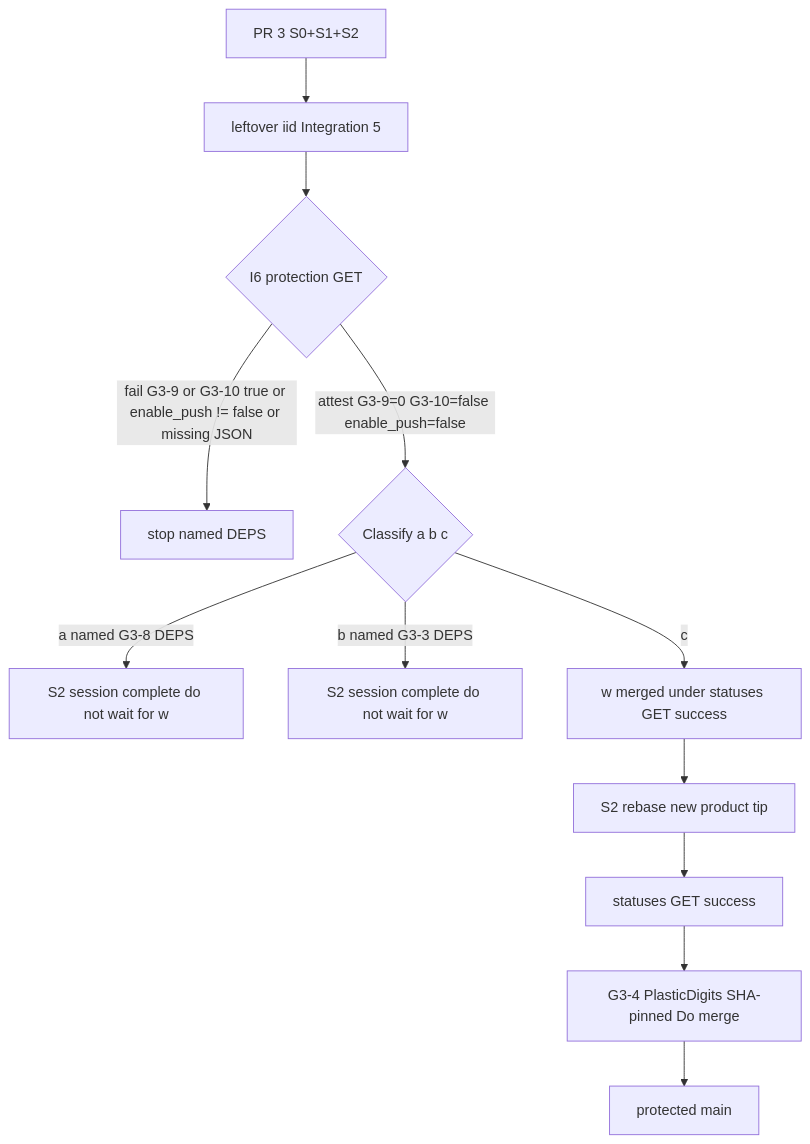
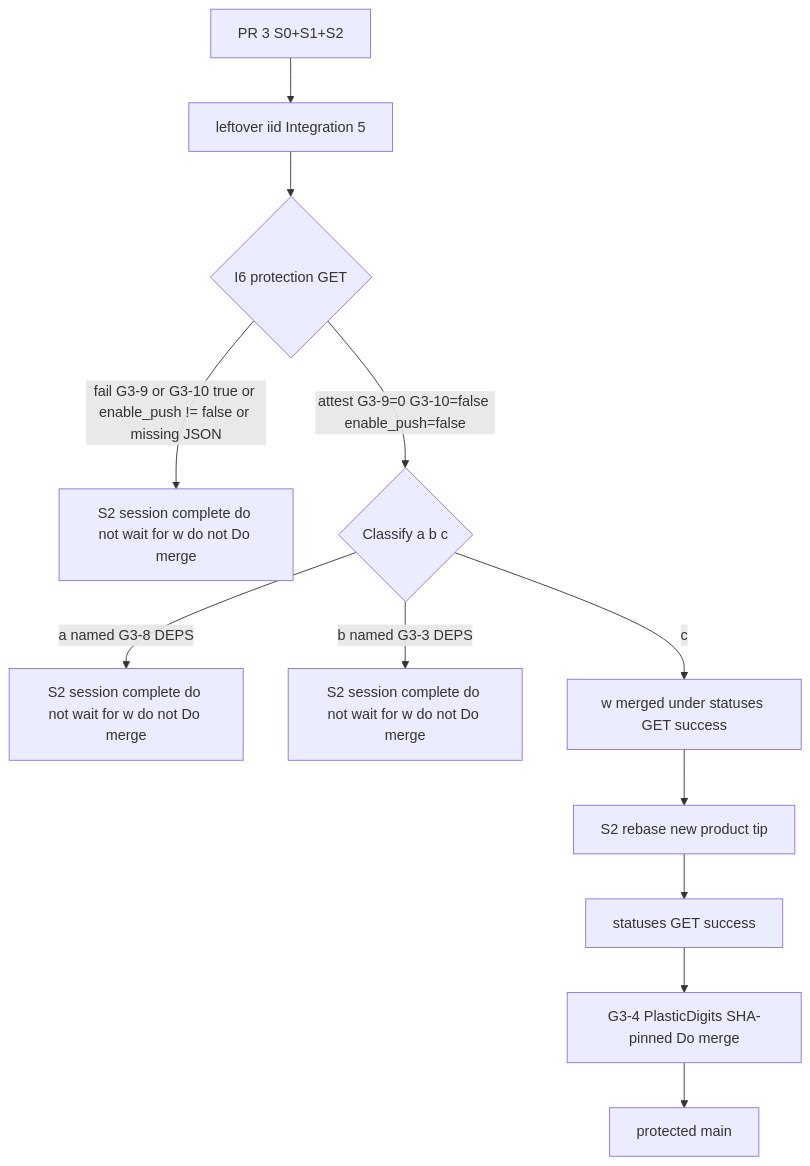
One commit to PlasticDigits/gitlab-cursor-webhook changed the second of 3 diagrams in docs/architecture.md. Above: the diagram before and after it, drawn with Mermaid. The commit also changed other lines of this file and 1 other file, not shown here.

First line of the commit message:
docs: exit S2 on I6 fail and split merge-ready from stop states

````diff
--- a/docs/architecture.md
+++ b/docs/architecture.md
@@ -380,14 +413,14 @@
 ```mermaid
 flowchart TD
   TIP[PR 3 S0+S1+S2] --> I5[leftover iid Integration 5]
   I5 --> I6{I6 protection GET}
-  I6 -->|fail G3-9 or G3-10 true or enable_push != false or missing JSON| STOPI6[stop named DEPS]
+  I6 -->|fail G3-9 or G3-10 true or enable_push != false or missing JSON| STOPI6[S2 session complete do not wait for w do not Do merge]
   I6 -->|attest G3-9=0 G3-10=false enable_push=false| ABC{Classify a b c}
-  ABC -->|a named G3-8 DEPS| STOPA[S2 session complete do not wait for w]
-  ABC -->|b named G3-3 DEPS| STOPB[S2 session complete do not wait for w]
+  ABC -->|a named G3-8 DEPS| STOPA[S2 session complete do not wait for w do not Do merge]
+  ABC -->|b named G3-3 DEPS| STOPB[S2 session complete do not wait for w do not Do merge]
   ABC -->|c| W[w merged under statuses GET success]
   W --> RB[S2 rebase new product tip]
   RB --> ST[statuses GET success]
   ST --> PD[G3-4 PlasticDigits SHA-pinned Do merge]
   PD --> MAIN[protected main]
 ```
````
